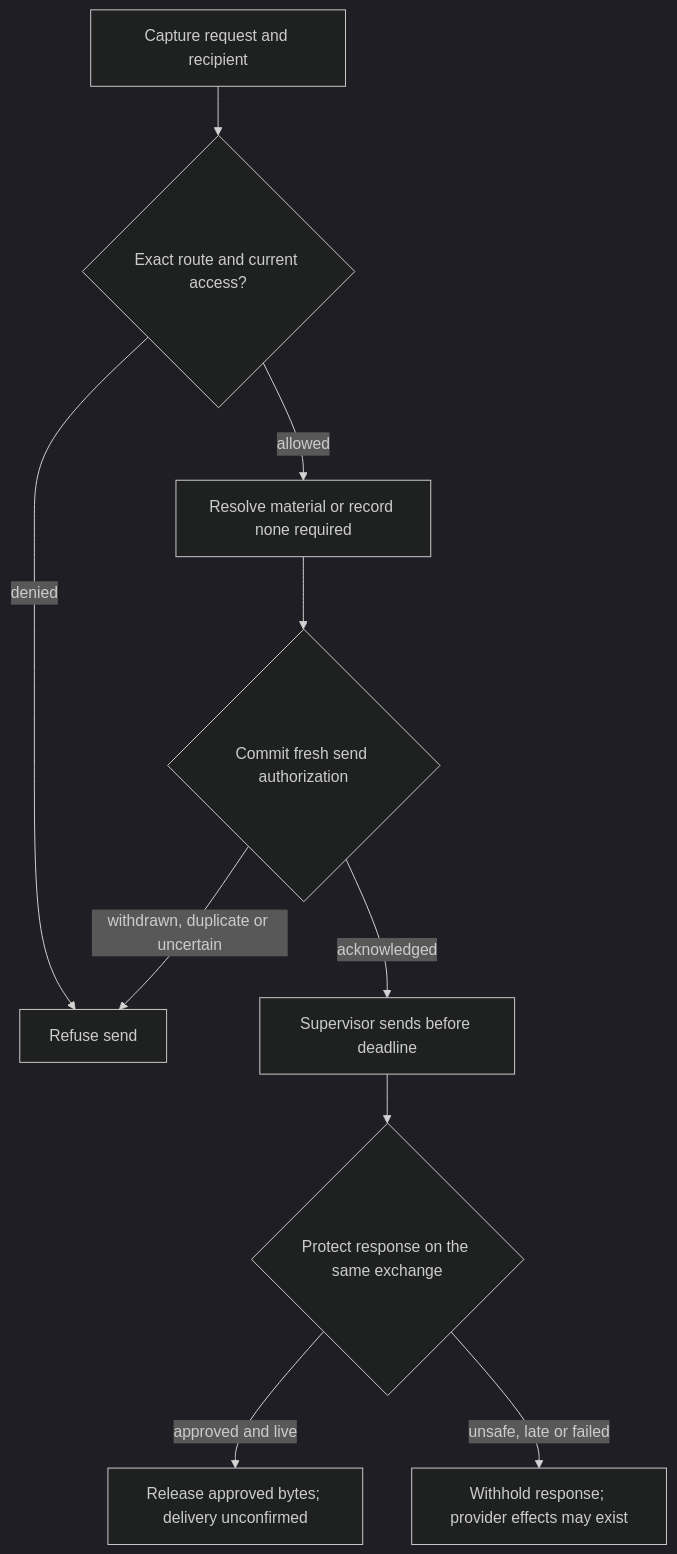
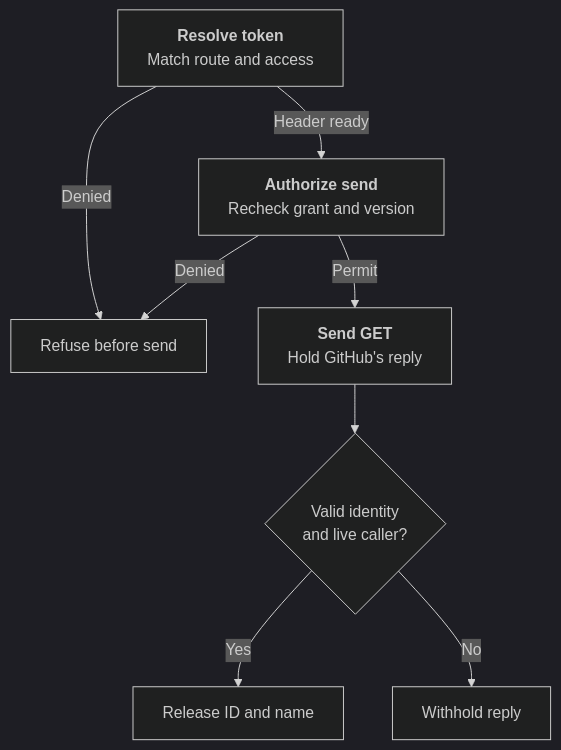
The diagram in docs/flows/credential-source-egress.md (openclaw/openclaw-enterprise), drawn with Mermaid (dark theme) before and after one commit. The commit also changed other lines of this file and 6 other files, not shown here.

Commit message:
docs: trace a protected GitHub metadata request

````diff
--- a/docs/flows/credential-source-egress.md
+++ b/docs/flows/credential-source-egress.md
@@ -55,12 +63,10 @@
 ```mermaid
 graph TD
-  A["Capture request and recipient"] --> B{"Exact route and current access?"}
-  B -- "denied" --> X["Refuse send"]
-  B -- "allowed" --> C["Resolve material or record none required"]
-  C --> D{"Commit fresh send authorization"}
-  D -- "withdrawn, duplicate or uncertain" --> X
-  D -- "acknowledged" --> E["Supervisor sends before deadline"]
-  E --> F{"Protect response on the same exchange"}
-  F -- "approved and live" --> G["Release approved bytes; delivery unconfirmed"]
-  F -- "unsafe, late or failed" --> H["Withhold response; provider effects may exist"]
+  A["<b>Resolve token</b><br/>Match route and access"] -->|Denied| X["Refuse before send"]
+  A -->|Header ready| B["<b>Authorize send</b><br/>Recheck grant and version"]
+  B -->|Denied| X
+  B -->|Permit| C["<b>Send GET</b><br/>Hold GitHub's reply"]
+  C --> D{"Valid identity<br/>and live caller?"}
+  D -->|Yes| G["Release ID and name"]
+  D -->|No| H["Withhold reply"]
 ```
````
